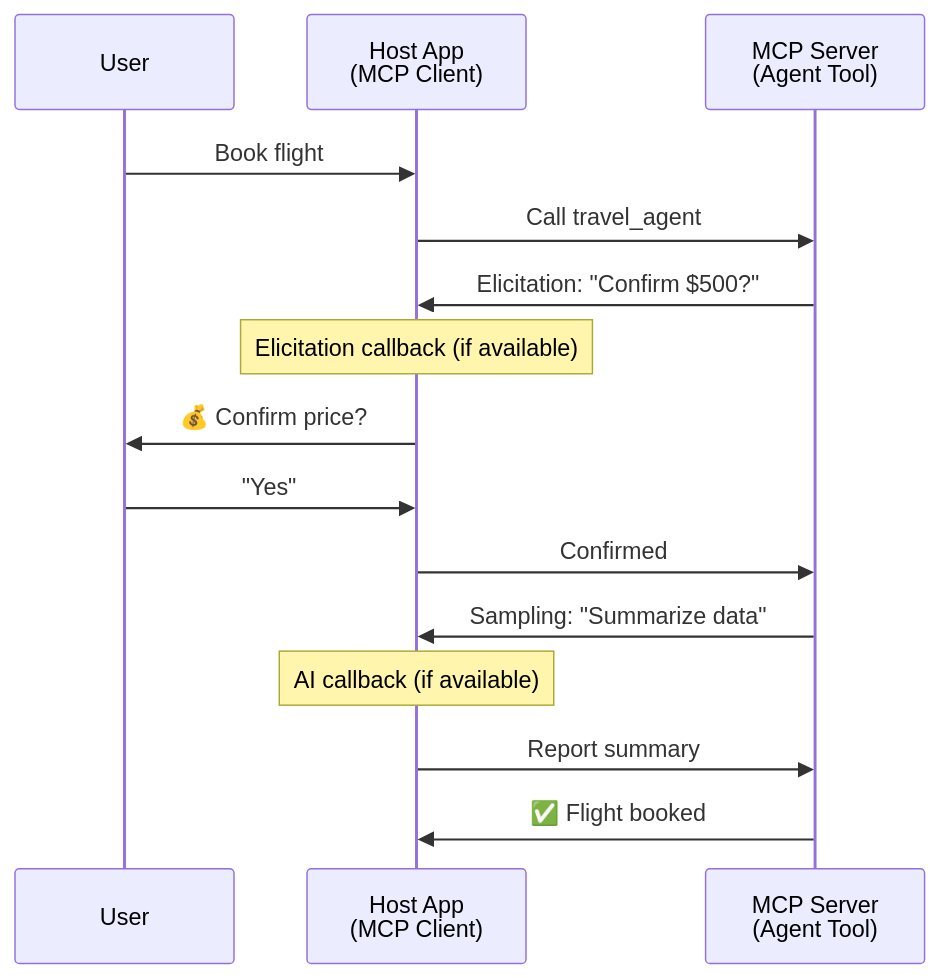
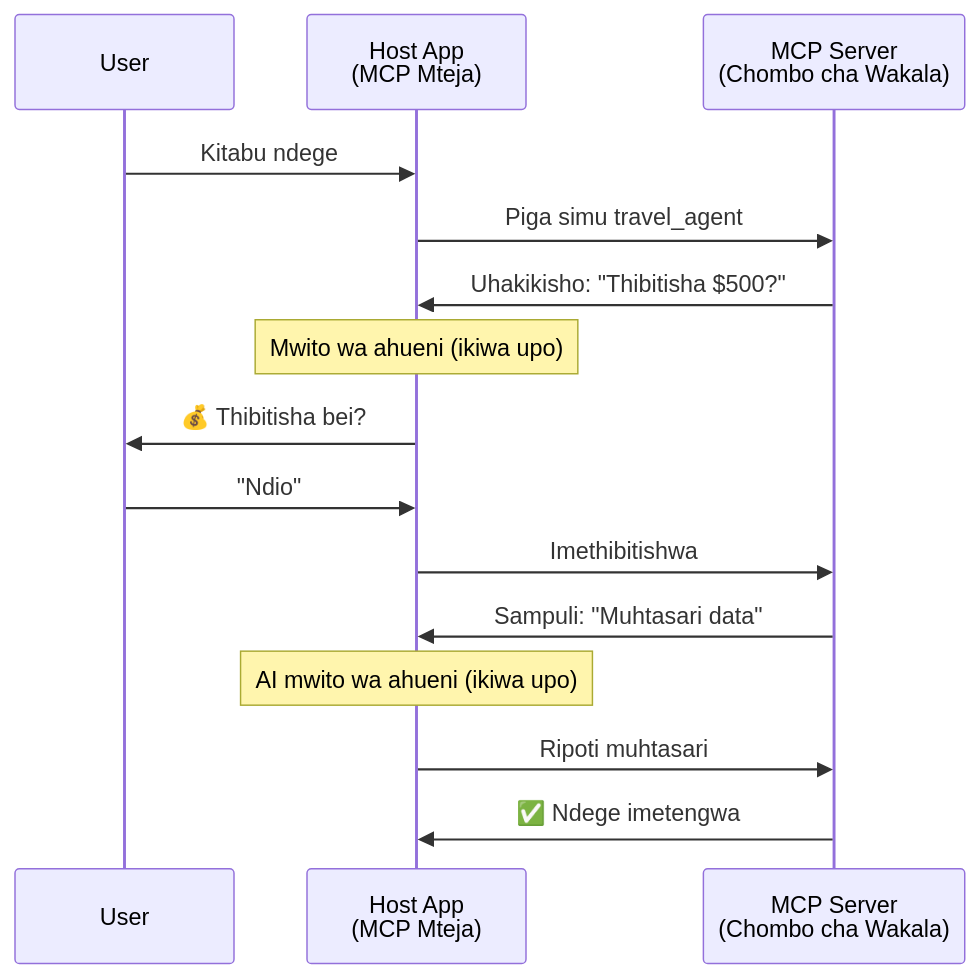
One commit to microsoft/ai-agents-for-beginners changed the fourth of 5 diagrams in translations/sw/11-agentic-protocols/code_samples/mcp-agents/README.md. Above: the diagram before and after it, drawn with Mermaid. The commit also changed other lines of this file and 222 other files, not shown here.

````diff
--- a/translations/sw/11-agentic-protocols/code_samples/mcp-agents/README.md
+++ b/translations/sw/11-agentic-protocols/code_samples/mcp-agents/README.md
@@ -163,21 +163,21 @@
 ```mermaid
 sequenceDiagram
     participant User
-    participant Host as Host App<br/>(MCP Client)
-    participant Server as MCP Server<br/>(Agent Tool)
+    participant Host as Host App<br/>(MCP Mteja)
+    participant Server as MCP Server<br/>(Chombo cha Wakala)
 
-    User->>Host: Book flight
-    Host->>Server: Call travel_agent
+    User->>Host: Kitabu ndege
+    Host->>Server: Piga simu travel_agent
 
-    Server->>Host: Elicitation: "Confirm $500?"
-    Note over Host: Elicitation callback (if available)
-    Host->>User: 💰 Confirm price?
-    User->>Host: "Yes"
-    Host->>Server: Confirmed
+    Server->>Host: Uhakikisho: "Thibitisha $500?"
+    Note over Host: Mwito wa ahueni (ikiwa upo)
+    Host->>User: 💰 Thibitisha bei?
+    User->>Host: "Ndio"
+    Host->>Server: Imethibitishwa
 
-    Server->>Host: Sampling: "Summarize data"
-    Note over Host: AI callback (if available)
-    Host->>Server: Report summary
+    Server->>Host: Sampuli: "Muhtasari data"
+    Note over Host: AI mwito wa ahueni (ikiwa upo)
+    Host->>Server: Ripoti muhtasari
 
-    Server->>Host: ✅ Flight booked
+    Server->>Host: ✅ Ndege imetengwa
 ```
````
